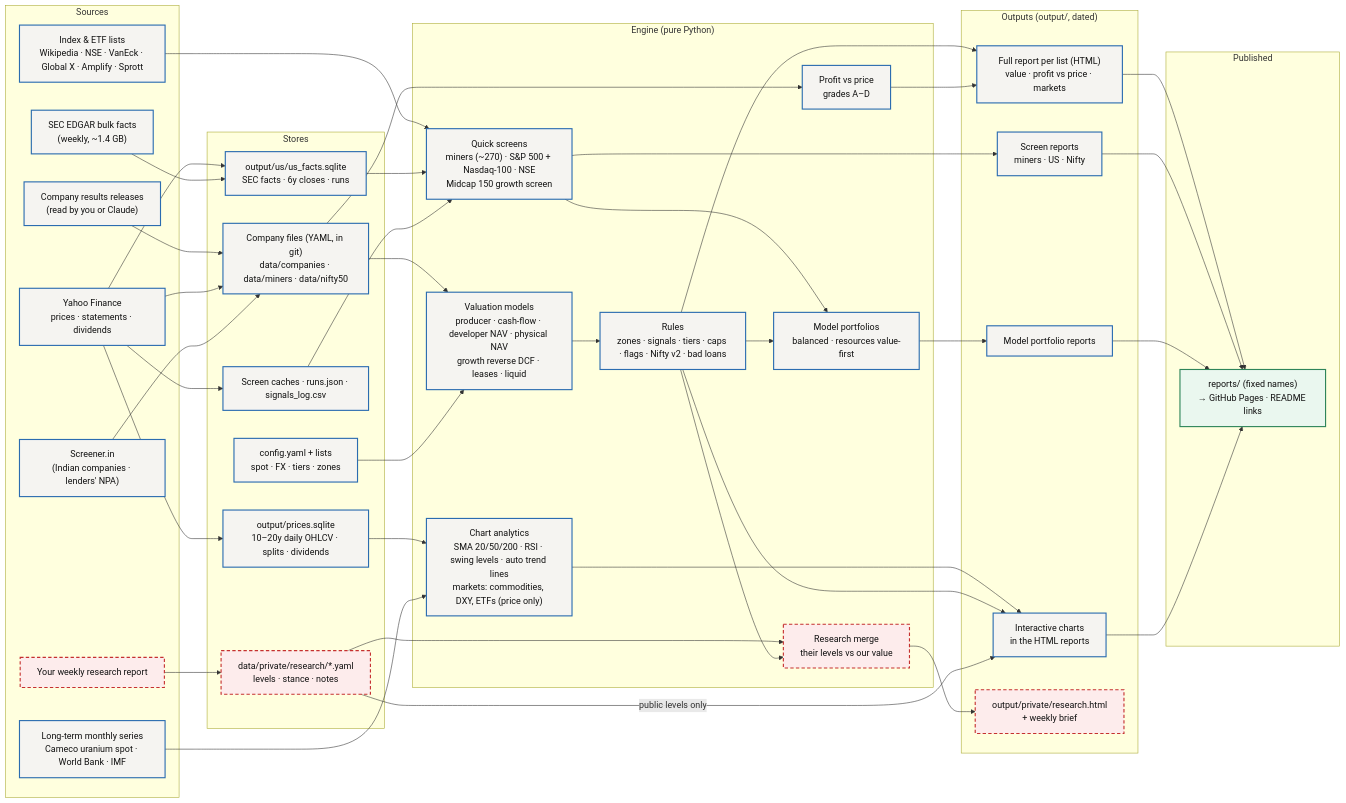
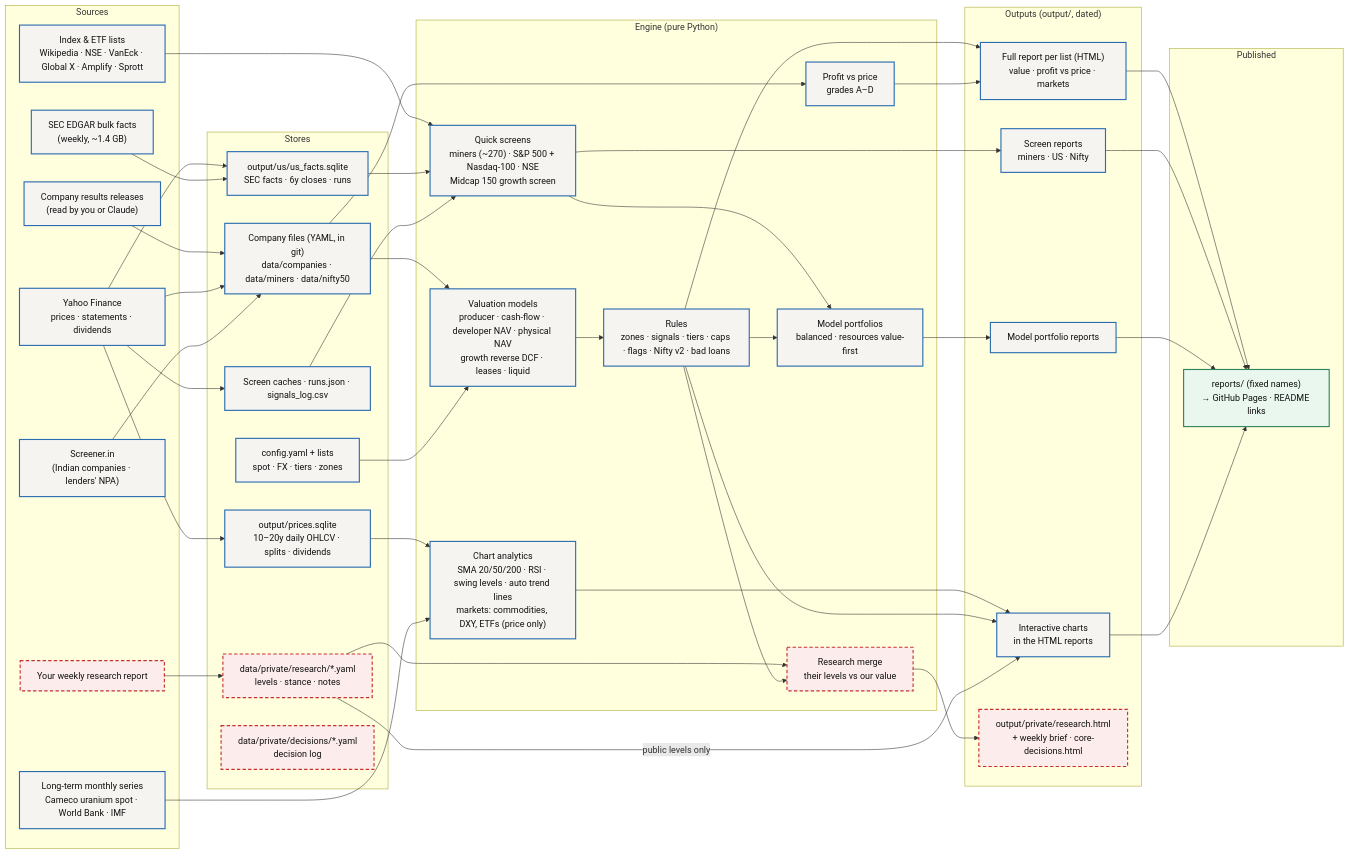
The first of 5 diagrams in docs/ARCHITECTURE.md (vijayvadapalli/value-screener), drawn with Mermaid before and after one commit. The commit also changed other lines of this file and 392 other files, not shown here.

````diff
--- a/docs/ARCHITECTURE.md
+++ b/docs/ARCHITECTURE.md
@@ -20,64 +20,65 @@
 ```mermaid
 flowchart LR
   classDef done fill:#F5F4F1,stroke:#2B6CB0,stroke-width:2px,color:#111
   classDef next fill:#FFFFFF,stroke:#2B6CB0,stroke-width:2px,stroke-dasharray:6 4,color:#111
   classDef priv fill:#FDECEC,stroke:#C53030,stroke-width:2px,stroke-dasharray:6 4,color:#111
   classDef pub fill:#EAF7EF,stroke:#2F855A,stroke-width:2px,color:#111
 
   subgraph SRC["Sources"]
     REL["Company results releases<br/>(read by you or Claude)"]:::done
     YF["Yahoo Finance<br/>prices · statements · dividends"]:::done
     SEC["SEC EDGAR bulk facts<br/>(weekly, ~1.4 GB)"]:::done
     SIN["Screener.in<br/>(Indian companies · lenders' NPA)"]:::done
     IDX["Index & ETF lists<br/>Wikipedia · NSE · VanEck · Global X · Amplify · Sprott"]:::done
     LT["Long-term monthly series<br/>Cameco uranium spot · World Bank · IMF"]:::done
     WR["Your weekly research report"]:::priv
   end
 
   subgraph STORE["Stores"]
     CF["Company files (YAML, in git)<br/>data/companies · data/miners · data/nifty50"]:::done
     CFG["config.yaml + lists<br/>spot · FX · tiers · zones"]:::done
     FDB["output/us/us_facts.sqlite<br/>SEC facts · 6y closes · runs"]:::done
     CACHE["Screen caches · runs.json · signals_log.csv"]:::done
     PDB["output/prices.sqlite<br/>10–20y daily OHLCV · splits · dividends"]:::done
     RES["data/private/research/*.yaml<br/>levels · stance · notes"]:::priv
+    DEC["data/private/decisions/*.yaml<br/>decision log"]:::priv
   end
 
   subgraph ENG["Engine (pure Python)"]
     MOD["Valuation models<br/>producer · cash-flow · developer NAV · physical NAV<br/>growth reverse DCF · leases · liquid"]:::done
     RUL["Rules<br/>zones · signals · tiers · caps · flags · Nifty v2 · bad loans"]:::done
     PVP["Profit vs price<br/>grades A–D"]:::done
     QS["Quick screens<br/>miners (~270) · S&P 500 + Nasdaq-100 · NSE<br/>Midcap 150 growth screen"]:::done
     MP["Model portfolios<br/>balanced · resources value-first"]:::done
     TA["Chart analytics<br/>SMA 20/50/200 · RSI · swing levels · auto trend lines<br/>markets: commodities, DXY, ETFs (price only)"]:::done
     MRG["Research merge<br/>their levels vs our value"]:::priv
   end
 
   subgraph OUT["Outputs (output/, dated)"]
     FULL["Full report per list (HTML)<br/>value · profit vs price · markets"]:::done
     SCR["Screen reports<br/>miners · US · Nifty"]:::done
     MPR["Model portfolio reports"]:::done
     CH["Interactive charts<br/>in the HTML reports"]:::done
-    PRIV["output/private/research.html<br/>+ weekly brief"]:::priv
+    PRIV["output/private/research.html<br/>+ weekly brief · core-decisions.html"]:::priv
   end
 
   subgraph PUB["Published"]
     REP["reports/ (fixed names)<br/>→ GitHub Pages · README links"]:::pub
   end
 
   REL --> CF
   YF --> CF & CACHE & FDB & PDB
   SEC --> FDB
   SIN --> CF
   IDX --> QS
   WR --> RES
   CF & CFG --> MOD --> RUL --> FULL
   CF --> PVP --> FULL
   FDB & CACHE --> QS --> SCR
   QS & RUL --> MP --> MPR
   PDB & LT --> TA --> CH
   RUL --> CH
   RES -- "public levels only" --> CH
   RES & RUL --> MRG --> PRIV
   FULL & SCR & MPR & CH --> REP
 ```
````
